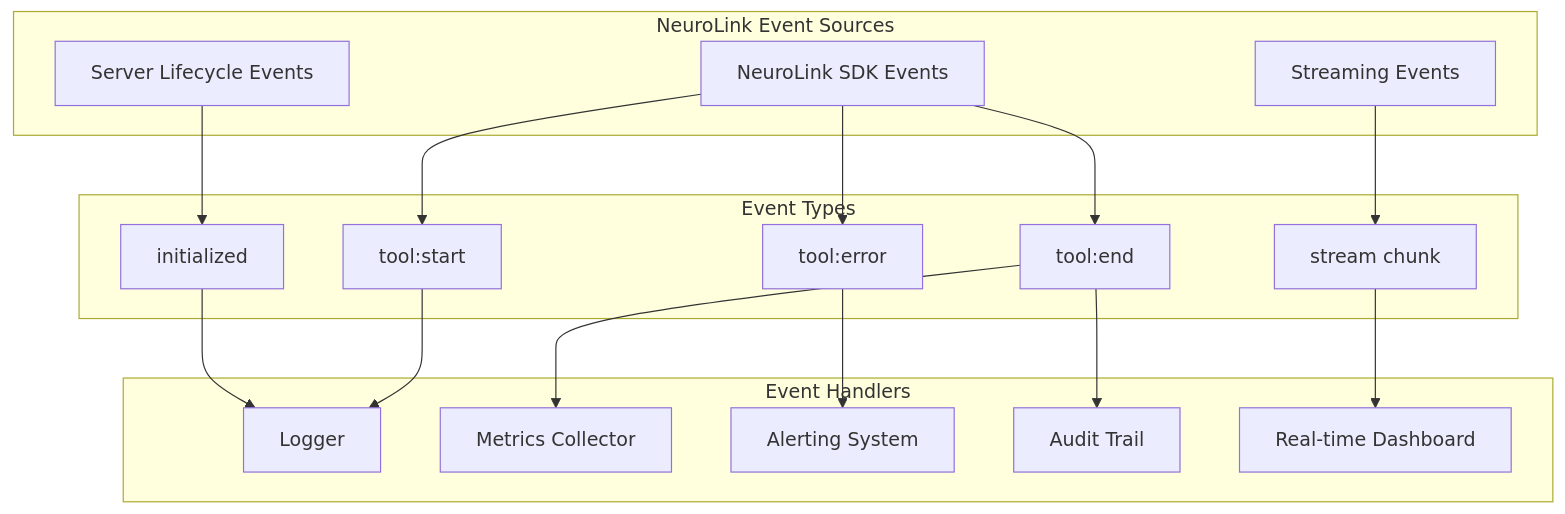
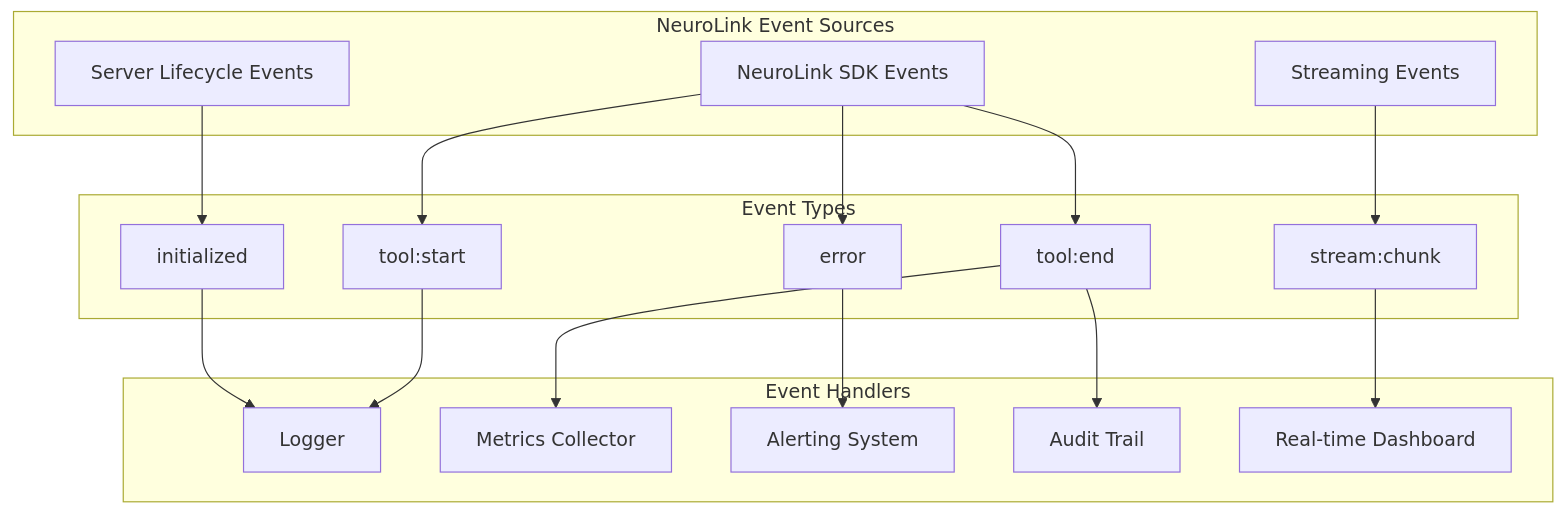
The diagram in _posts/2025-11-14-event-driven-ai.md (juspay/neurolink-blog), drawn with Mermaid before and after one commit. The commit also changed other lines of this file and 172 other files, not shown here.

````diff
--- a/_posts/2025-11-14-event-driven-ai.md
+++ b/_posts/2025-11-14-event-driven-ai.md
@@ -443,37 +486,37 @@
 ```mermaid
 graph TB
     subgraph "NeuroLink Event Sources"
         SDK[NeuroLink SDK Events]
         STREAM[Streaming Events]
         SERVER[Server Lifecycle Events]
     end
 
     subgraph "Event Types"
         TS[tool:start]
         TE[tool:end]
-        TERR[tool:error]
+        ERR[error]
         INIT[initialized]
-        CHUNK[stream chunk]
+        CHUNK[stream:chunk]
     end
 
     subgraph "Event Handlers"
         LOG[Logger]
         METRICS[Metrics Collector]
         ALERT[Alerting System]
         AUDIT[Audit Trail]
         DASH[Real-time Dashboard]
     end
 
     SDK --> TS
     SDK --> TE
-    SDK --> TERR
+    SDK --> ERR
     STREAM --> CHUNK
     SERVER --> INIT
 
     TS --> LOG
     TE --> METRICS
     TE --> AUDIT
-    TERR --> ALERT
+    ERR --> ALERT
     CHUNK --> DASH
     INIT --> LOG
 ```
````
